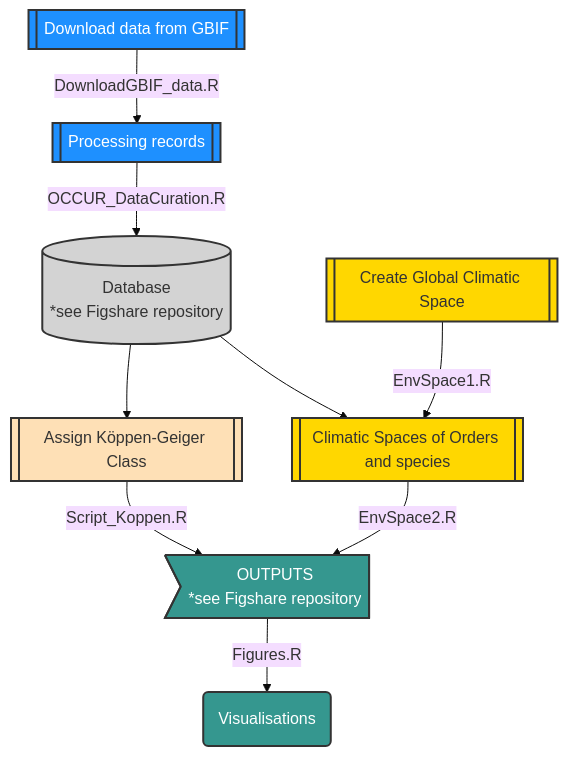
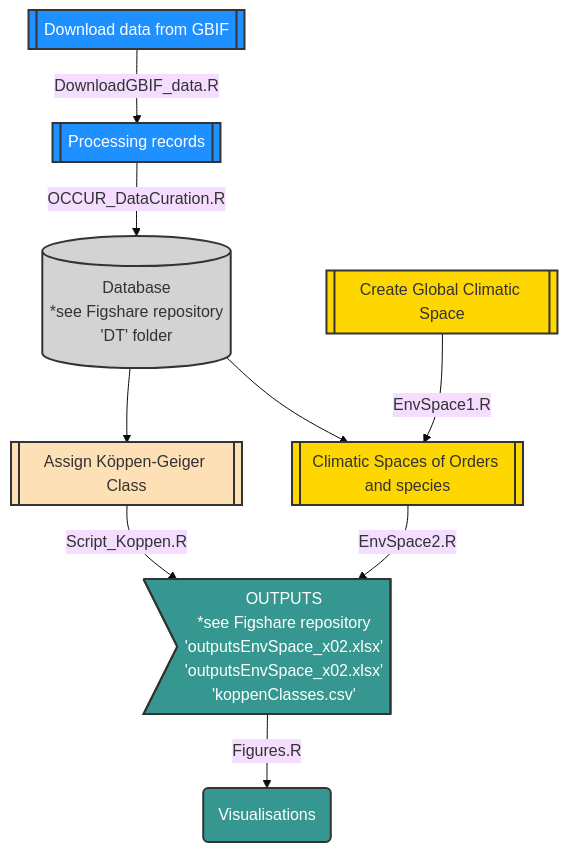
One commit to cRonFer/ClimaticSpace changed the diagram in README.md. Above: the diagram before and after it, drawn with Mermaid (base theme).

````diff
--- a/README.md
+++ b/README.md
@@ -7,20 +7,20 @@
 ```mermaid
 flowchart TD
     A[[Download data from GBIF]] --> |DownloadGBIF_data.R|BB[[Processing records]]
-    BB --> |OCCUR_DataCuration.R|C[(Database <br> *see Figshare repository)]
+    BB --> |OCCUR_DataCuration.R|C[(Database <br> *see Figshare repository <br> 'DT' folder)]
     AA[[Create Global Climatic Space]] --> |EnvSpace1.R|CC{Climatic Spaces of Orders}
     C --> CC[[Climatic Spaces of Orders and species]]
     C --> D[[Assign Köppen-Geiger Class]]
     D --> |Script_Koppen.R| E(Visualisations)
-    CC --> |EnvSpace2.R|E>OUTPUTS <br> *see Figshare repository]
+    CC --> |EnvSpace2.R|E>OUTPUTS <br> *see Figshare repository <br> 'outputsEnvSpace_x02.xlsx' <br> 'outputsEnvSpace_x02.xlsx' <br> 'koppenClasses.csv']
     E --> |Figures.R|F(Visualisations)
 
   style A fill:dodgerblue, stroke:#333,stroke-width:2px,color:#fff;
   style AA fill:gold, stroke:#333,stroke-width:2px,color:#333;
   style BB fill:dodgerblue, stroke:#333,stroke-width:2px,color:#fff;
   style CC fill:gold, stroke:#333,stroke-width:2px,color:#333;
   style C fill:lightgrey, stroke:#333,stroke-width:2px,color:#333;
   style D fill:#fee0b6, stroke:#333,stroke-width:2px,color:#333;
   style E fill:#35978f, stroke:#333,stroke-width:2px,color:#fff;
   style F fill:#35978f, stroke:#333,stroke-width:2px,color:#fff;
 ```
````
